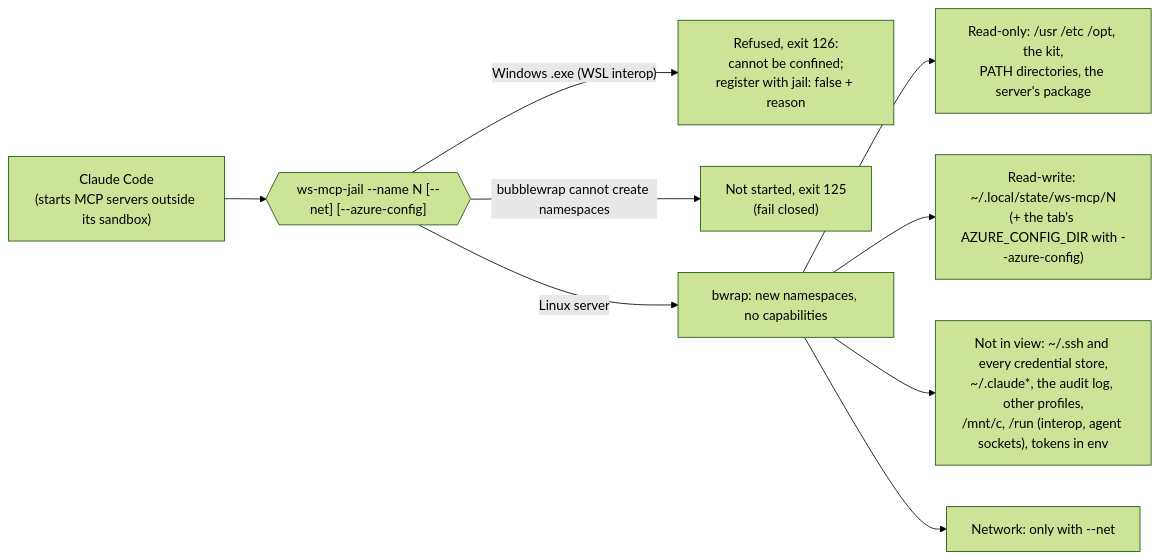
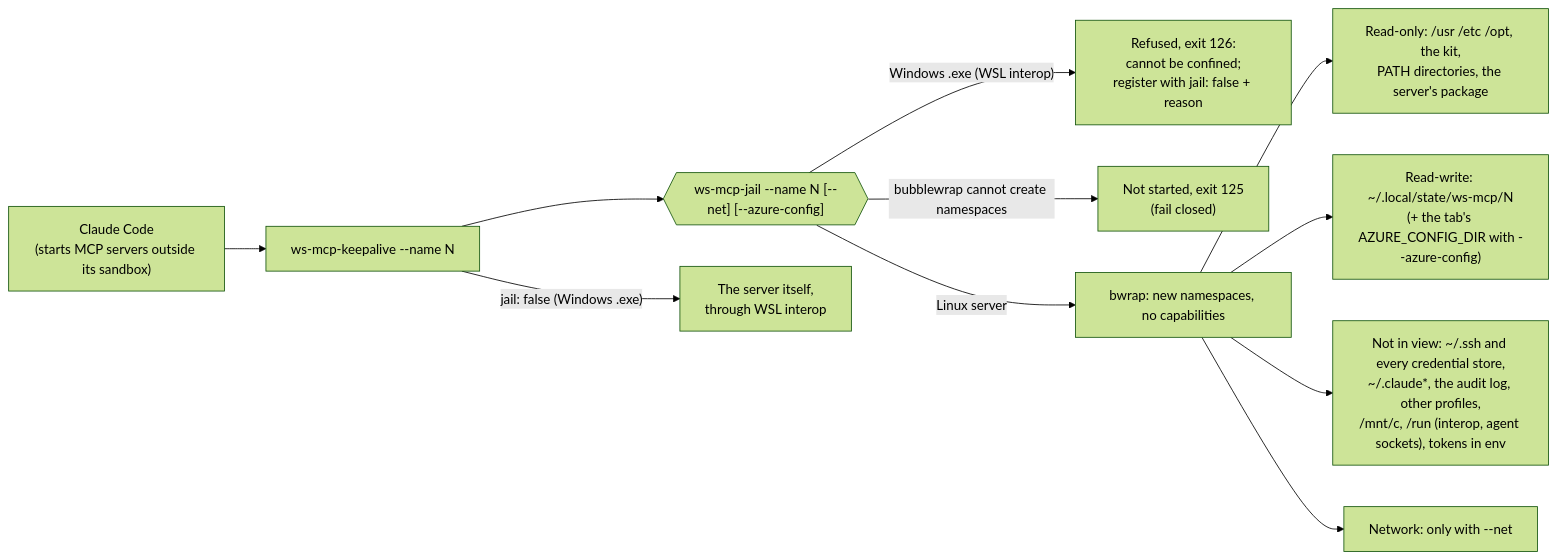
One commit to andreshma/claude-workstation changed the eighth of 13 diagrams in docs/DIAGRAMS.md. Above: the diagram before and after it, drawn with Mermaid (forest theme). The commit also changed other lines of this file and 12 other files, not shown here.

First line of the commit message:
docs(mcp): add ADR 0025 and document the keepalive

````diff
--- a/docs/DIAGRAMS.md
+++ b/docs/DIAGRAMS.md
@@ -286,11 +287,13 @@
 ```mermaid
 flowchart LR
-  cc["Claude Code<br/>(starts MCP servers outside its sandbox)"] --> jail{{"ws-mcp-jail --name N [--net] [--azure-config]"}}
+  cc["Claude Code<br/>(starts MCP servers outside its sandbox)"] --> ka["ws-mcp-keepalive --name N"]
+  ka --> jail{{"ws-mcp-jail --name N [--net] [--azure-config]"}}
+  ka -- "jail: false (Windows .exe)" --> win["The server itself,<br/>through WSL interop"]
   jail -- "Windows .exe (WSL interop)" --> refuse["Refused, exit 126:<br/>cannot be confined;<br/>register with jail: false + reason"]
   jail -- "bubblewrap cannot create namespaces" --> closed["Not started, exit 125<br/>(fail closed)"]
   jail -- "Linux server" --> bwrap["bwrap: new namespaces, no capabilities"]
   bwrap --> ro["Read-only: /usr /etc /opt, the kit,<br/>PATH directories, the server's package"]
   bwrap --> rw["Read-write: ~/.local/state/ws-mcp/N<br/>(+ the tab's AZURE_CONFIG_DIR with --azure-config)"]
   bwrap --> none["Not in view: ~/.ssh and every credential store,<br/>~/.claude*, the audit log, other profiles,<br/>/mnt/c, /run (interop, agent sockets), tokens in env"]
   bwrap --> net["Network: only with --net"]
 ```
````
